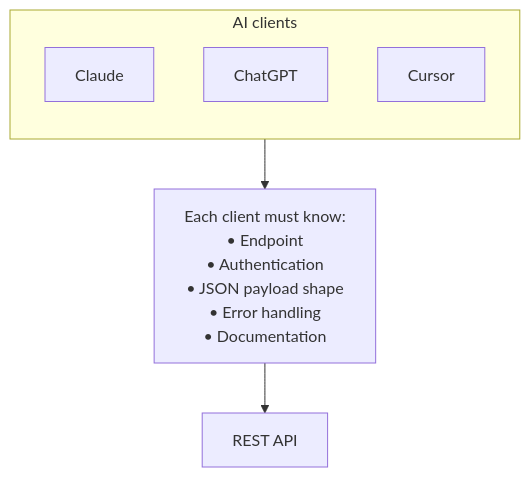
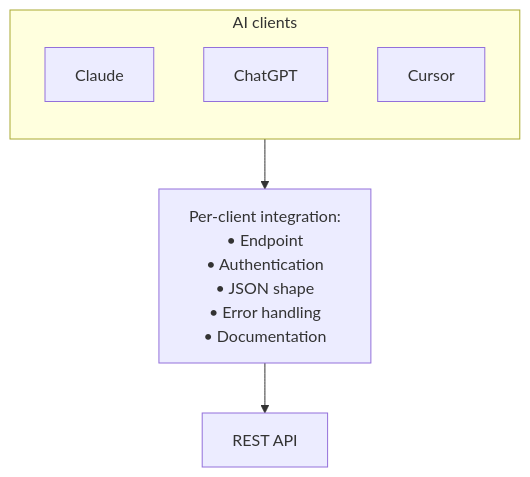
One commit to farukzahra/astro changed the first of 3 diagrams in src/content/articles/mcp/adapting-spring-boot-rest-to-mcp.mdx. Above: the diagram before and after it, drawn with Mermaid. The commit also changed other lines of this file and 8 other files, not shown here.

````diff
--- a/src/content/articles/mcp/adapting-spring-boot-rest-to-mcp.mdx
+++ b/src/content/articles/mcp/adapting-spring-boot-rest-to-mcp.mdx
@@ -71,15 +60,15 @@
 ```mermaid
 flowchart TB
   subgraph clients["AI clients"]
     direction TB
     Claude
     ChatGPT
     Cursor
   end
 
-  knowledge["Each client must know:<br/>• Endpoint<br/>• Authentication<br/>• JSON payload shape<br/>• Error handling<br/>• Documentation"]
+  knowledge["Per-client integration:<br/>• Endpoint<br/>• Authentication<br/>• JSON shape<br/>• Error handling<br/>• Documentation"]
 
   REST["REST API"]
 
   clients --> knowledge --> REST
 ```
````
